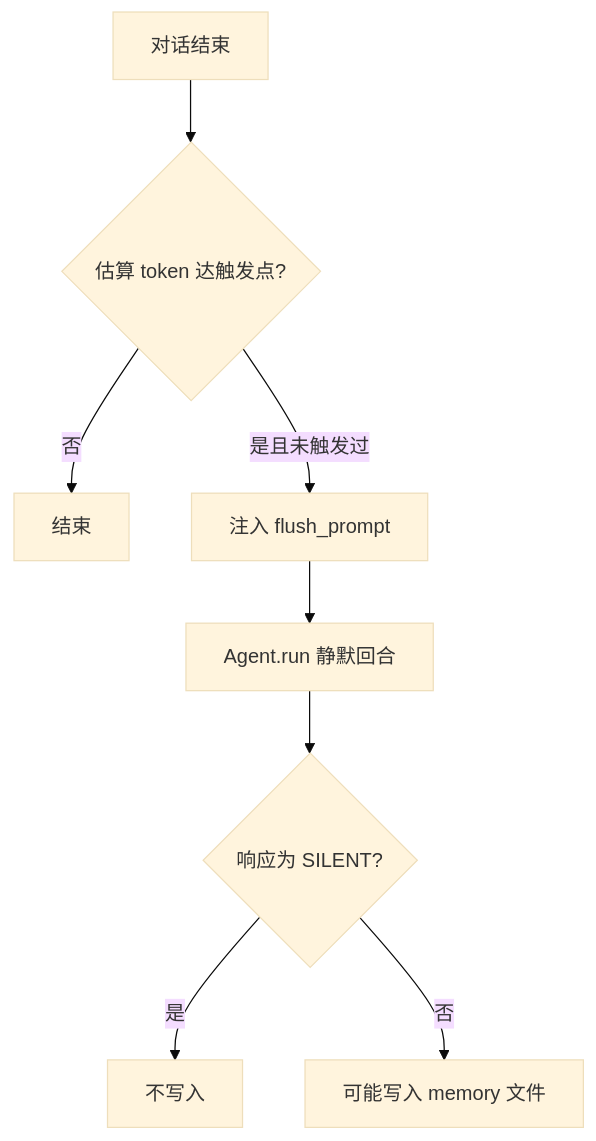
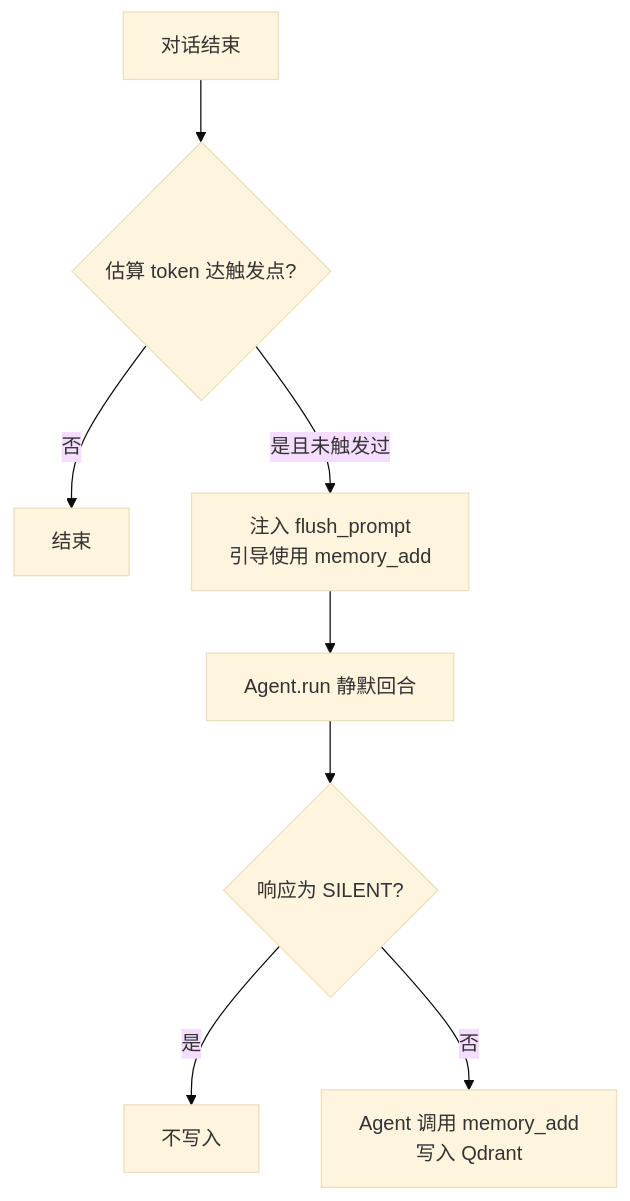
One commit to promisestar/MyClaw changed the fourth of 5 diagrams in docs/Memory实现与功能说明.md. Above: the diagram before and after it, drawn with Mermaid (base theme). The commit also changed other lines of this file and 14 other files, not shown here.

````diff
--- a/docs/Memory实现与功能说明.md
+++ b/docs/Memory实现与功能说明.md
@@ -140,10 +174,10 @@
 ```mermaid
 flowchart TD
     A[对话结束] --> B{估算 token 达触发点?}
     B -->|否| C[结束]
-    B -->|是且未触发过| D[注入 flush_prompt]
+    B -->|是且未触发过| D[注入 flush_prompt<br/>引导使用 memory_add]
     D --> E[Agent.run 静默回合]
     E --> F{响应为 SILENT?}
     F -->|是| G[不写入]
-    F -->|否| H[可能写入 memory 文件]
+    F -->|否| H[Agent 调用 memory_add<br/>写入 Qdrant]
 ```
````
